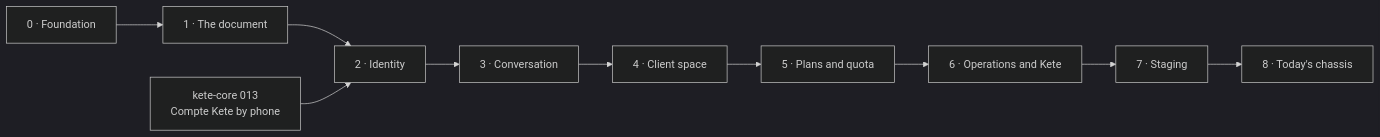
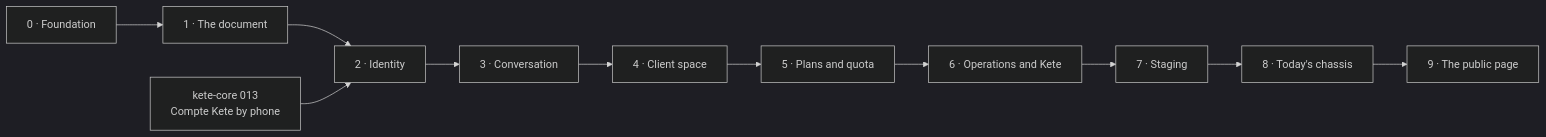
Before and after one commit to kete-africa/firmo: the diagram in docs/ROADMAP.md, drawn with Mermaid (dark theme). The commit also changed other lines of this file and 18 other files, not shown here.

First line of the commit message:
feat(landing): the public page — one offer, ordered by the value equation

````diff
--- a/docs/ROADMAP.md
+++ b/docs/ROADMAP.md
@@ -28,12 +28,13 @@
 ```mermaid
 flowchart LR
   P0[0 · Foundation] --> P1[1 · The document]
   P1 --> P2[2 · Identity]
   K13[kete-core 013<br/>Compte Kete by phone] --> P2
   P2 --> P3[3 · Conversation]
   P3 --> P4[4 · Client space]
   P4 --> P5[5 · Plans and quota]
   P5 --> P6[6 · Operations and Kete]
   P6 --> P7[7 · Staging]
   P7 --> P8[8 · Today's chassis]
+  P8 --> P9[9 · The public page]
 ```
````
